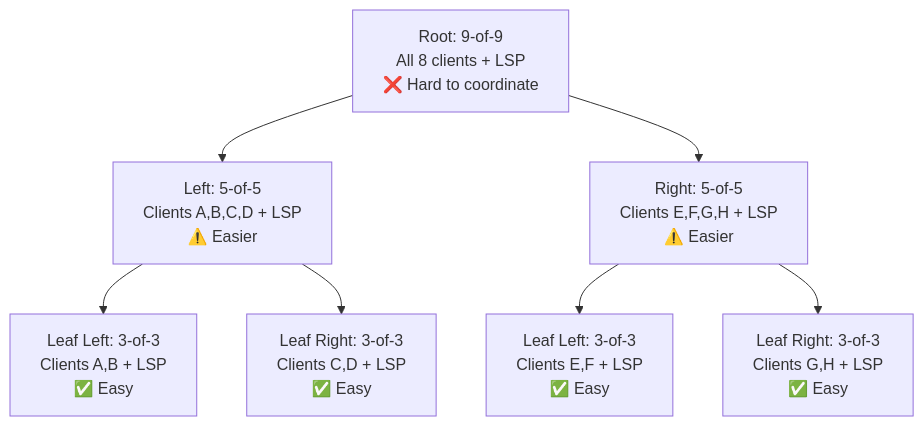
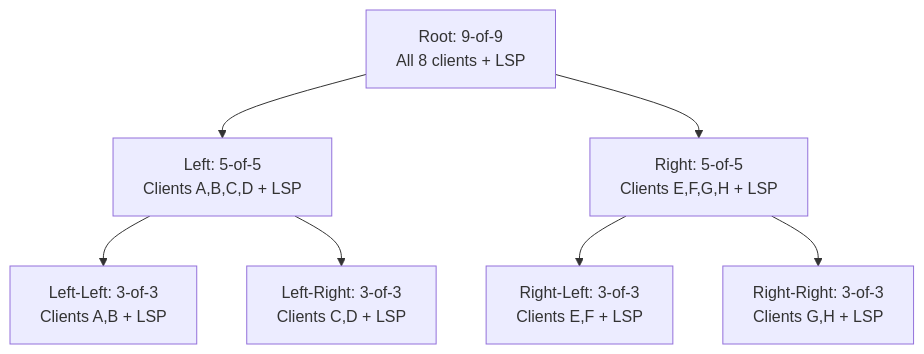
Before and after one commit to 8144225309/superscalar-docs: the first of 3 diagrams in core-concepts/factory-tree-topology.md, drawn with Mermaid. The commit also changed other lines of this file and 31 other files, not shown here.

````diff
--- a/core-concepts/factory-tree-topology.md
+++ b/core-concepts/factory-tree-topology.md
@@ -14,10 +14,10 @@
 ```mermaid
 graph TD
-    R["Root: 9-of-9<br/>All 8 clients + LSP<br/>❌ Hard to coordinate"]
-    R --> L["Left: 5-of-5<br/>Clients A,B,C,D + LSP<br/>⚠️ Easier"]
-    R --> Ri["Right: 5-of-5<br/>Clients E,F,G,H + LSP<br/>⚠️ Easier"]
-    L --> LL["Leaf Left: 3-of-3<br/>Clients A,B + LSP<br/>✅ Easy"]
-    L --> LR["Leaf Right: 3-of-3<br/>Clients C,D + LSP<br/>✅ Easy"]
-    Ri --> RL["Leaf Left: 3-of-3<br/>Clients E,F + LSP<br/>✅ Easy"]
-    Ri --> RR["Leaf Right: 3-of-3<br/>Clients G,H + LSP<br/>✅ Easy"]
+    R["Root: 9-of-9<br/>All 8 clients + LSP"]
+    R --> L["Left: 5-of-5<br/>Clients A,B,C,D + LSP"]
+    R --> Ri["Right: 5-of-5<br/>Clients E,F,G,H + LSP"]
+    L --> LL["Left-Left: 3-of-3<br/>Clients A,B + LSP"]
+    L --> LR["Left-Right: 3-of-3<br/>Clients C,D + LSP"]
+    Ri --> RL["Right-Left: 3-of-3<br/>Clients E,F + LSP"]
+    Ri --> RR["Right-Right: 3-of-3<br/>Clients G,H + LSP"]
 ```
````
